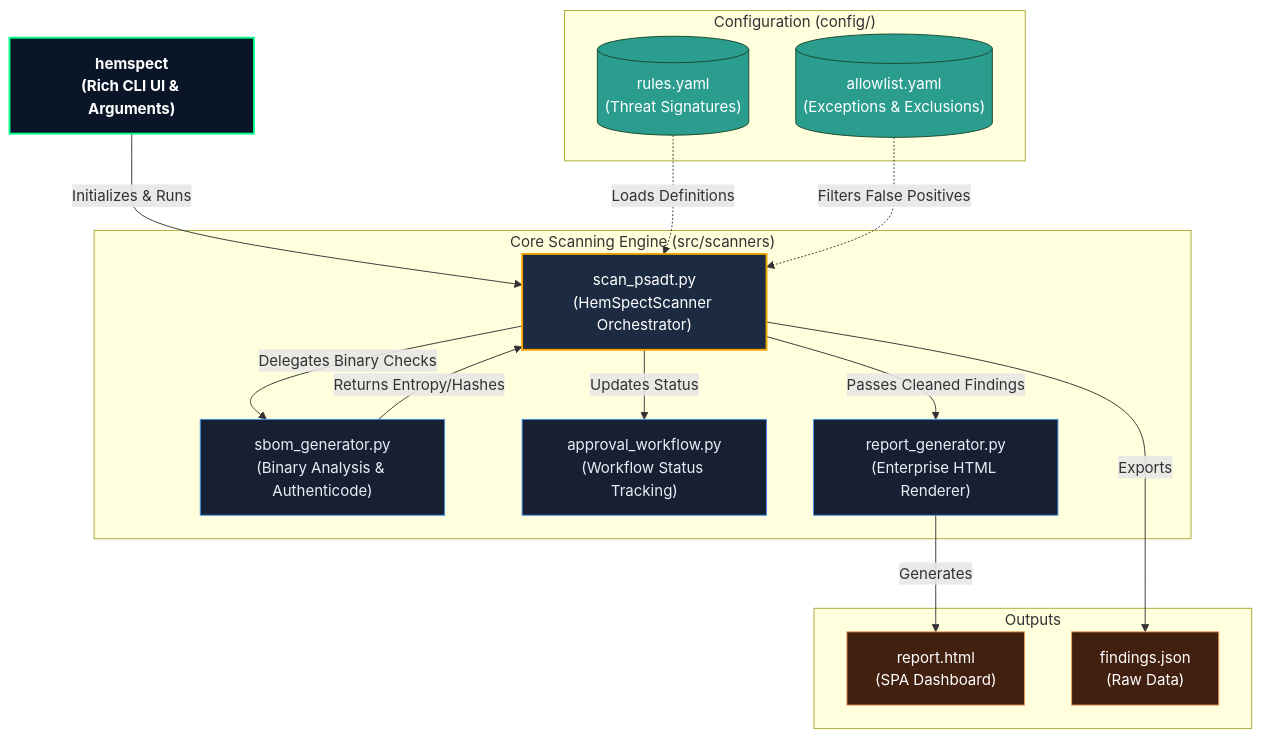
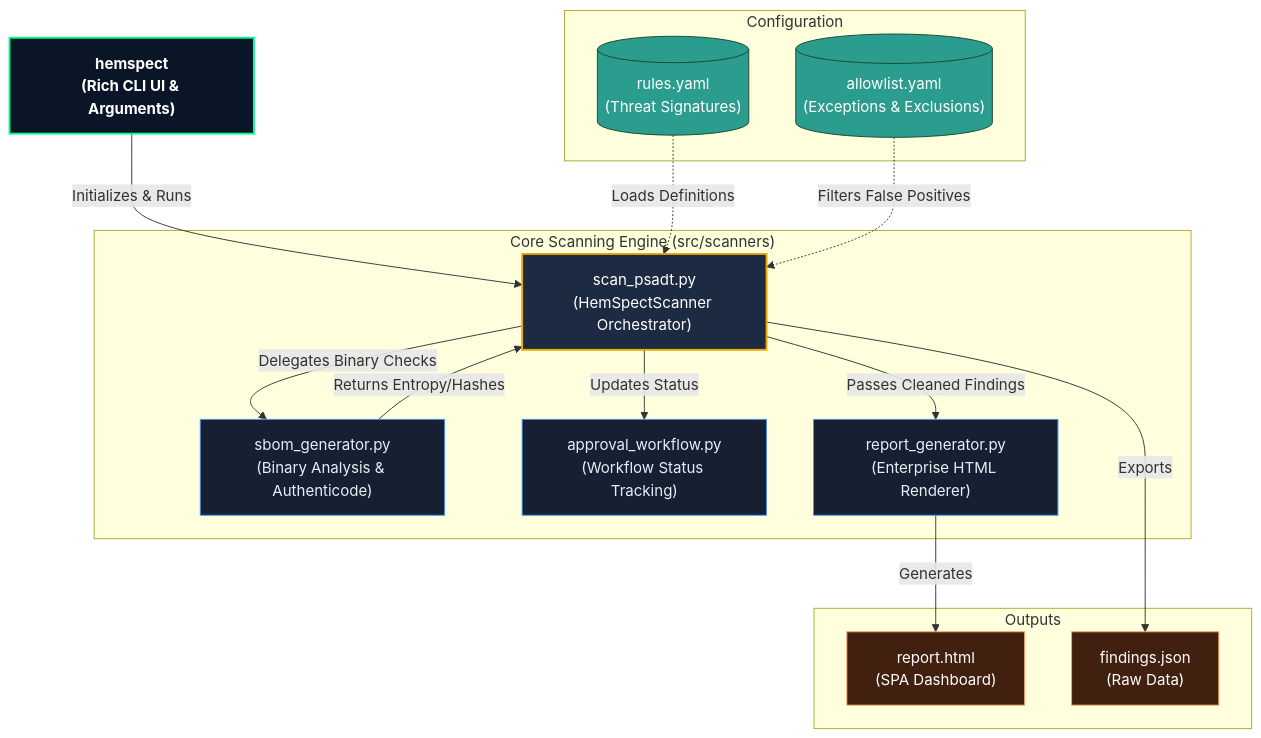
The diagram in ARCHITECTURE.md (hemmhjn87/psadt_secure), drawn with Mermaid before and after one commit. The commit also changed other lines of this file and 14 other files, not shown here.

````diff
--- a/ARCHITECTURE.md
+++ b/ARCHITECTURE.md
@@ -7,46 +5,43 @@
 ```mermaid
 graph TD
-    %% Styling
     classDef cli fill:#0a1628,stroke:#00ff88,stroke-width:2px,color:#fff,font-weight:bold
     classDef core fill:#1c2a42,stroke:#f0a500,stroke-width:2px,color:#fff
     classDef module fill:#162032,stroke:#4895ef,stroke-width:1px,color:#e8edf5
     classDef config fill:#2a9d8f,stroke:#1a472a,stroke-width:1px,color:#fff
     classDef output fill:#422010,stroke:#f4a261,stroke-width:1px,color:#fff
 
-    %% Nodes
     CLI["hemspect<br/>(Rich CLI UI & Arguments)"]:::cli
     
     subgraph "Core Scanning Engine (src/scanners)"
         Engine["scan_psadt.py<br/>(HemSpectScanner Orchestrator)"]:::core
         SBOM["sbom_generator.py<br/>(Binary Analysis & Authenticode)"]:::module
         Approval["approval_workflow.py<br/>(Workflow Status Tracking)"]:::module
         Report["report_generator.py<br/>(Enterprise HTML Renderer)"]:::module
     end
     
-    subgraph "Configuration (config/)"
+    subgraph "Configuration"
         Rules[("rules.yaml<br/>(Threat Signatures)")]:::config
         Allowlist[("allowlist.yaml<br/>(Exceptions & Exclusions)")]:::config
     end
     
     subgraph "Outputs"
         HTML["report.html<br/>(SPA Dashboard)"]:::output
         JSON["findings.json<br/>(Raw Data)"]:::output
     end
 
-    %% Dependencies & Data Flow
     CLI -->|Initializes & Runs| Engine
     
     Rules -.->|Loads Definitions| Engine
     Allowlist -.->|Filters False Positives| Engine
     
     Engine -->|Delegates Binary Checks| SBOM
     SBOM -->|Returns Entropy/Hashes| Engine
     
     Engine -->|Updates Status| Approval
     
     Engine -->|Passes Cleaned Findings| Report
     
     Report -->|Generates| HTML
     Engine -->|Exports| JSON
 
 ```
````
